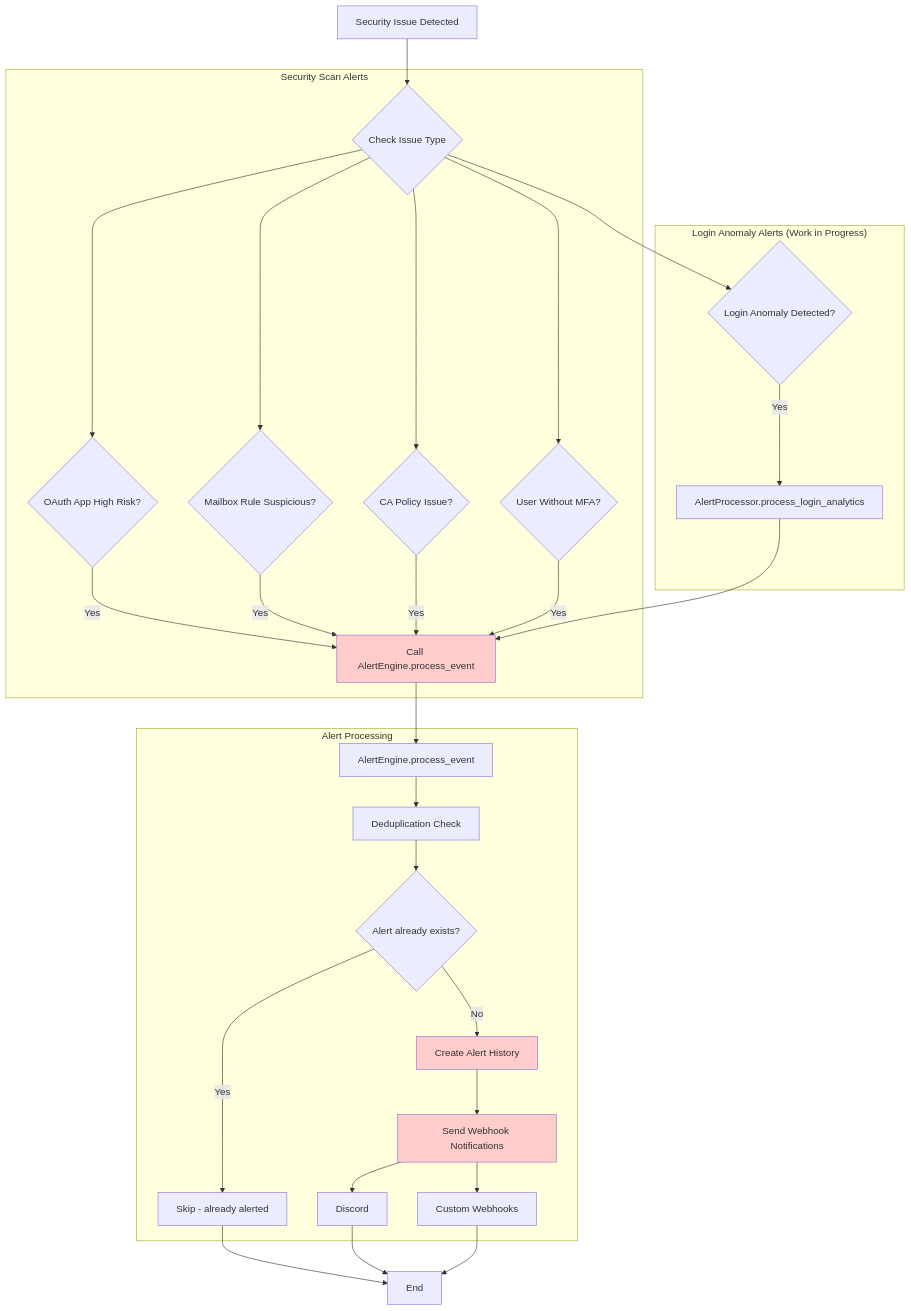
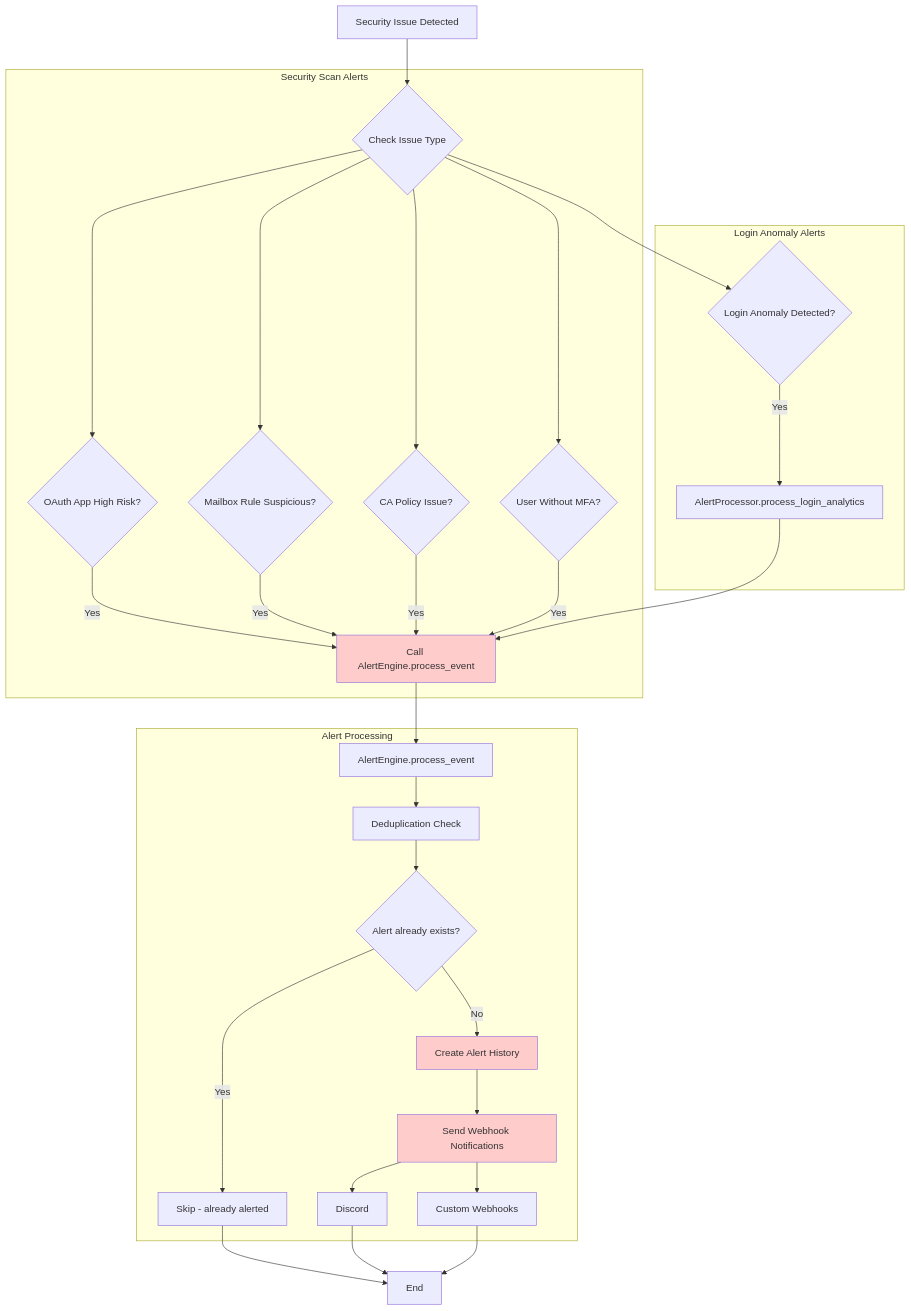
The fourth of 4 diagrams in docs/cronjob-processing-flows.md (michaeldigiacomi/specterdefence), drawn with Mermaid before and after one commit. The commit also changed other lines of this file and 6 other files, not shown here.

````diff
--- a/docs/cronjob-processing-flows.md
+++ b/docs/cronjob-processing-flows.md
@@ -305,45 +305,45 @@
 ```mermaid
 flowchart TD
     A[Security Issue Detected] --> B{Check Issue Type}
 
     subgraph Security_Scan_Alerts["Security Scan Alerts"]
         B --> C1{OAuth App High Risk?}
         C1 -->|Yes| D1[Call AlertEngine.process_event]
         
         B --> C2{Mailbox Rule Suspicious?}
         C2 -->|Yes| D1
         
         B --> C3{CA Policy Issue?}
         C3 -->|Yes| D1
         
         B --> C4{User Without MFA?}
         C4 -->|Yes| D1
     end
 
-    subgraph Login_Anomaly_Alerts["Login Anomaly Alerts (Work in Progress)"]
+    subgraph Login_Anomaly_Alerts["Login Anomaly Alerts"]
         B --> C5{Login Anomaly Detected?}
         C5 -->|Yes| D2[AlertProcessor.process_login_analytics]
         D2 --> D1
     end
 
     D1 --> E[AlertEngine.process_event]
 
     subgraph Alert_Processing["Alert Processing"]
         E --> E1[Deduplication Check]
         E1 --> E2{Alert already exists?}
         E2 -->|Yes| E3[Skip - already alerted]
         E2 -->|No| E4[Create Alert History]
         
         E4 --> E5[Send Webhook Notifications]
         E5 --> E6[Discord]
         E5 --> E7[Custom Webhooks]
     end
 
     E3 --> END[End]
     E6 --> END
     E7 --> END
 
     style D1 fill:#ffcccc
     style E4 fill:#ffcccc
     style E5 fill:#ffcccc
 ```
````
